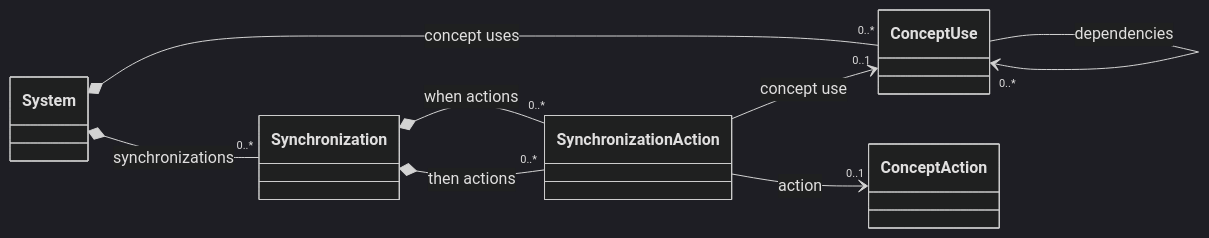
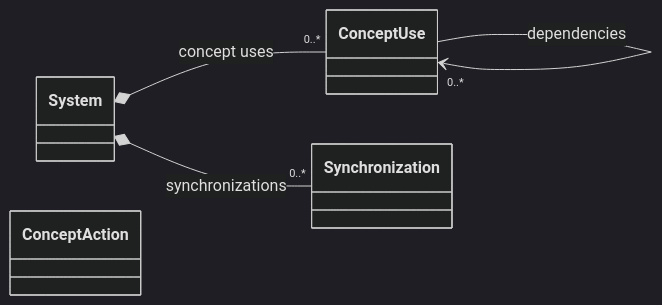
Before and after one commit to craigsmitham/dotspec: diagram 11 of 16 in docs/reference/model/core.md, drawn with Mermaid (dark theme). The commit also changed other lines of this file and 148 other files, not shown here.

````diff
--- a/docs/reference/model/core.md
+++ b/docs/reference/model/core.md
@@ -279,16 +257,11 @@
 ```mermaid
 classDiagram
     direction LR
     class System
     class ConceptUse
     class Synchronization
-    class SynchronizationAction
     class ConceptAction
     System *-- "0..*" ConceptUse : concept uses
     System *-- "0..*" Synchronization : synchronizations
     ConceptUse --> "0..*" ConceptUse : dependencies
-    Synchronization *-- "0..*" SynchronizationAction : when actions
-    Synchronization *-- "0..*" SynchronizationAction : then actions
-    SynchronizationAction --> "0..1" ConceptUse : concept use
-    SynchronizationAction --> "0..1" ConceptAction : action
 ```
````
